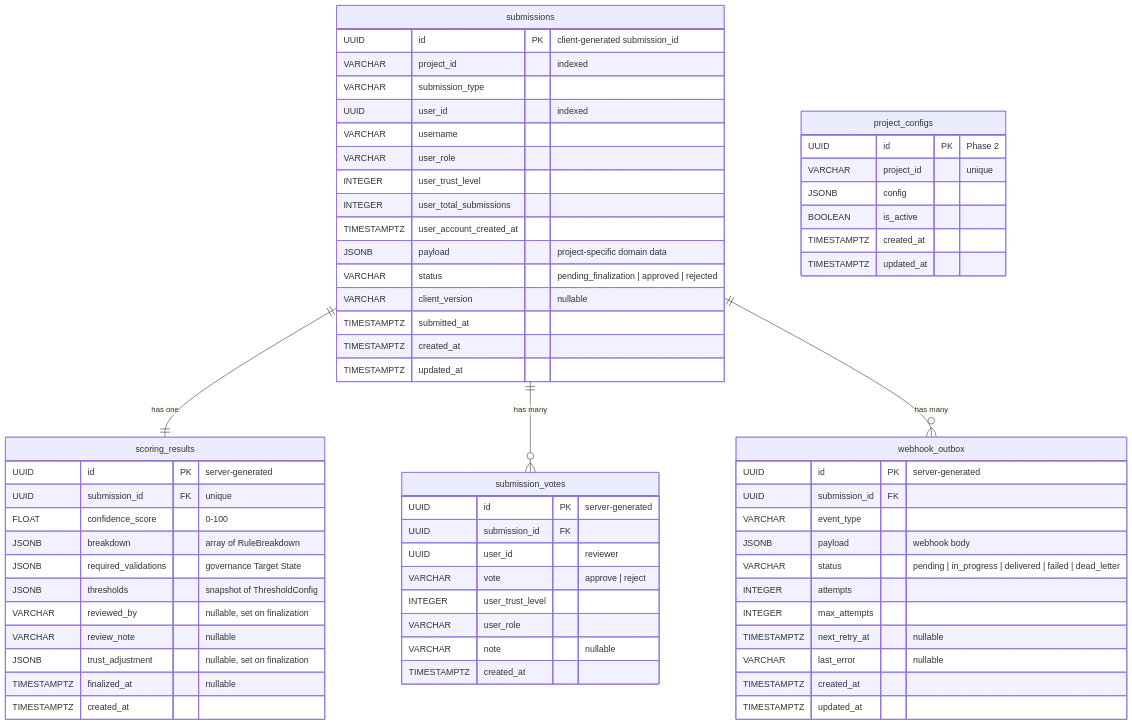
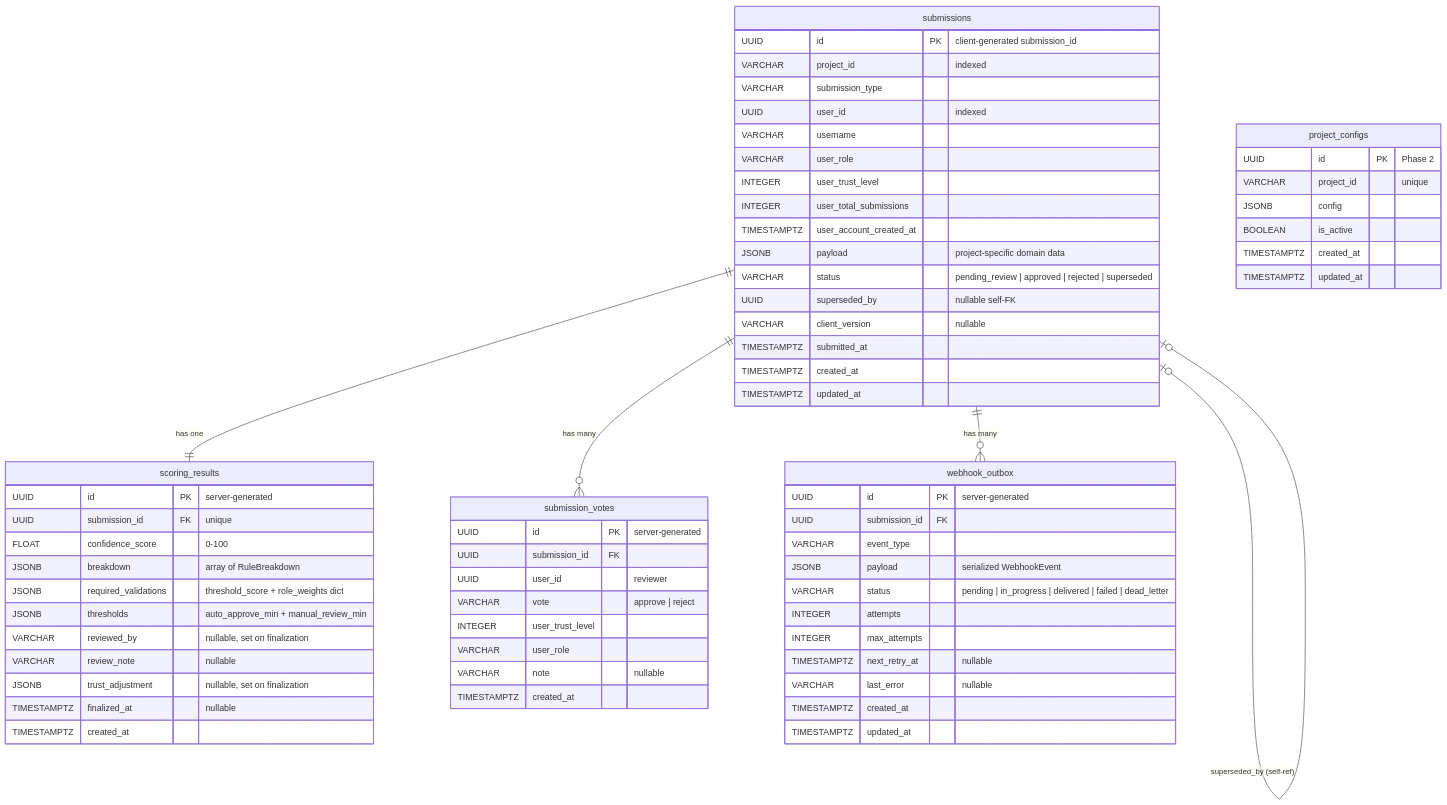
Before and after one commit to leyyce/winnow: the first of 3 diagrams in docs/architecture/05_database_design.md, drawn with Mermaid. The commit also changed other lines of this file and 36 other files, not shown here.

````diff
--- a/docs/architecture/05_database_design.md
+++ b/docs/architecture/05_database_design.md
@@ -155,72 +179,74 @@
 ```mermaid
 erDiagram
     submissions {
         UUID id PK "client-generated submission_id"
         VARCHAR project_id "indexed"
         VARCHAR submission_type
         UUID user_id "indexed"
         VARCHAR username
         VARCHAR user_role
         INTEGER user_trust_level
         INTEGER user_total_submissions
         TIMESTAMPTZ user_account_created_at
         JSONB payload "project-specific domain data"
-        VARCHAR status "pending_finalization | approved | rejected"
+        VARCHAR status "pending_review | approved | rejected | superseded"
+        UUID superseded_by "nullable self-FK"
         VARCHAR client_version "nullable"
         TIMESTAMPTZ submitted_at
         TIMESTAMPTZ created_at
         TIMESTAMPTZ updated_at
     }
 
     scoring_results {
         UUID id PK "server-generated"
         UUID submission_id FK "unique"
         FLOAT confidence_score "0-100"
         JSONB breakdown "array of RuleBreakdown"
-        JSONB required_validations "governance Target State"
-        JSONB thresholds "snapshot of ThresholdConfig"
+        JSONB required_validations "threshold_score + role_weights dict"
+        JSONB thresholds "auto_approve_min + manual_review_min"
         VARCHAR reviewed_by "nullable, set on finalization"
         VARCHAR review_note "nullable"
         JSONB trust_adjustment "nullable, set on finalization"
         TIMESTAMPTZ finalized_at "nullable"
         TIMESTAMPTZ created_at
     }
 
     project_configs {
         UUID id PK "Phase 2"
         VARCHAR project_id "unique"
         JSONB config
         BOOLEAN is_active
         TIMESTAMPTZ created_at
         TIMESTAMPTZ updated_at
     }
 
     submission_votes {
         UUID id PK "server-generated"
         UUID submission_id FK
         UUID user_id "reviewer"
         VARCHAR vote "approve | reject"
         INTEGER user_trust_level
         VARCHAR user_role
         VARCHAR note "nullable"
         TIMESTAMPTZ created_at
     }
 
     webhook_outbox {
         UUID id PK "server-generated"
         UUID submission_id FK
         VARCHAR event_type
-        JSONB payload "webhook body"
+        JSONB payload "serialized WebhookEvent"
         VARCHAR status "pending | in_progress | delivered | failed | dead_letter"
         INTEGER attempts
         INTEGER max_attempts
         TIMESTAMPTZ next_retry_at "nullable"
         VARCHAR last_error "nullable"
         TIMESTAMPTZ created_at
         TIMESTAMPTZ updated_at
     }
 
     submissions ||--|| scoring_results : "has one"
     submissions ||--o{ submission_votes : "has many"
     submissions ||--o{ webhook_outbox : "has many"
+    submissions |o--o| submissions : "superseded_by (self-ref)"
 ```
````
